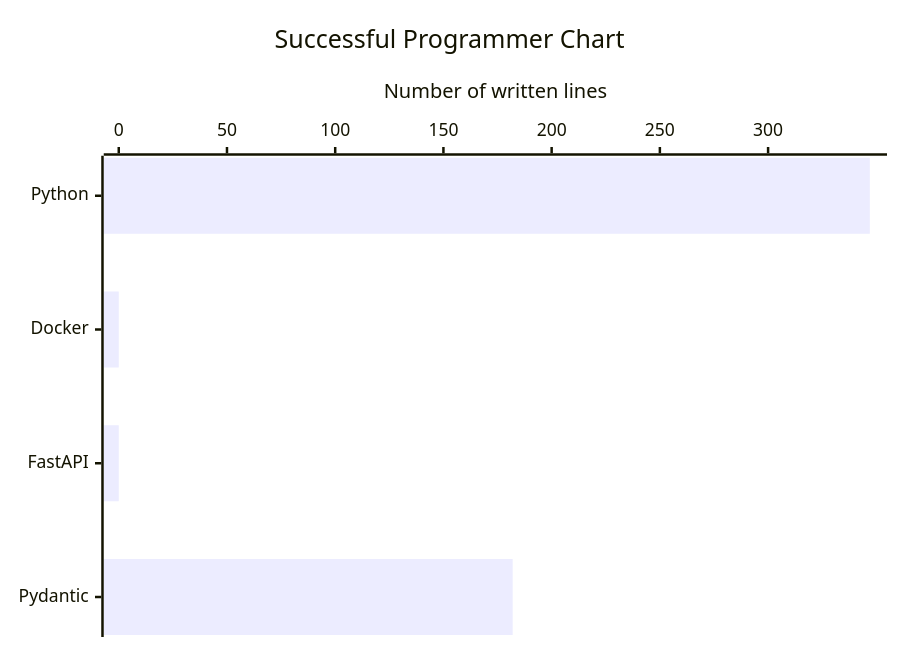
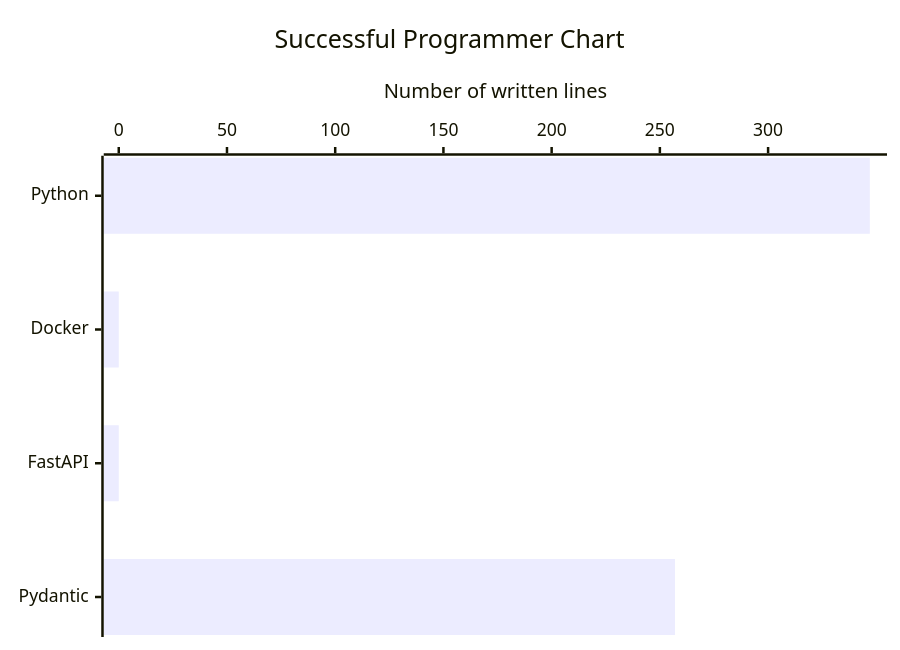
Before and after one commit to bezerraescossia/Sucessful-Programmer-Journey: the diagram in README.md, drawn with Mermaid. The commit also changed 4 other files, not shown here.

````diff
--- a/README.md
+++ b/README.md
@@ -5,7 +5,7 @@
 ```mermaid
 xychart horizontal
     title "Successful Programmer Chart"
     x-axis ["Python", "Docker", "FastAPI", "Pydantic"]
     y-axis "Number of written lines" 0 --> 348
-    bar [347, 0, 0, 182]
+    bar [347, 0, 0, 257]
 ```
````
